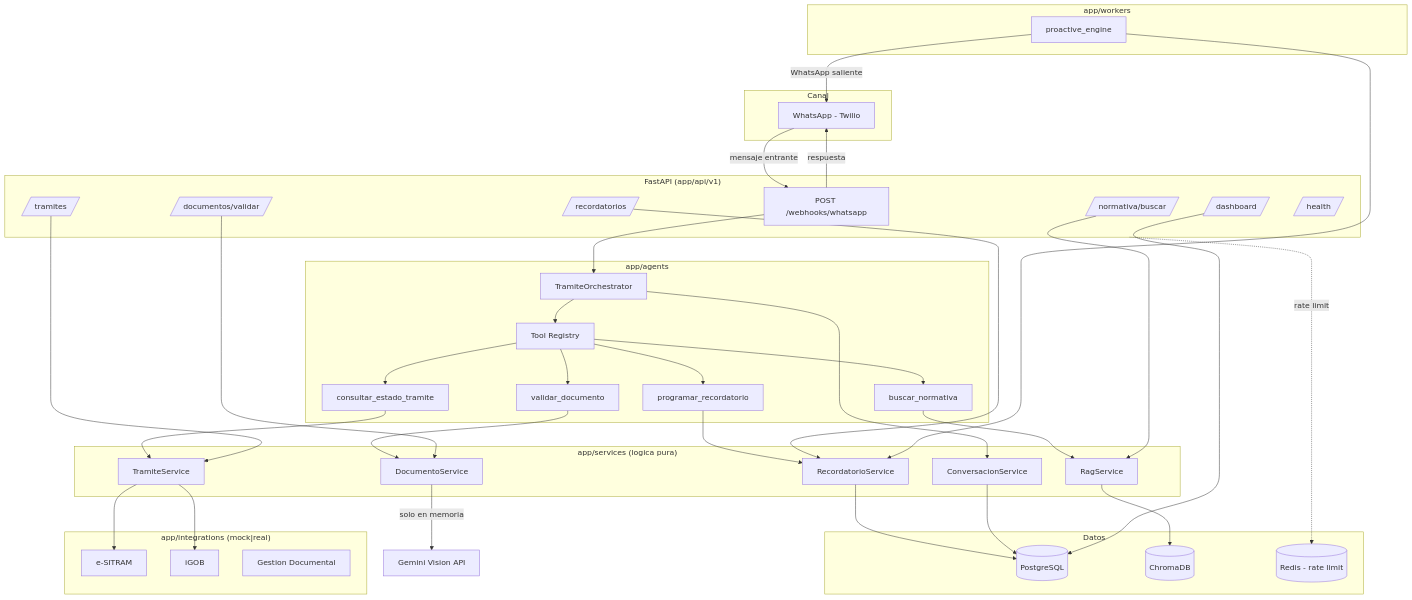
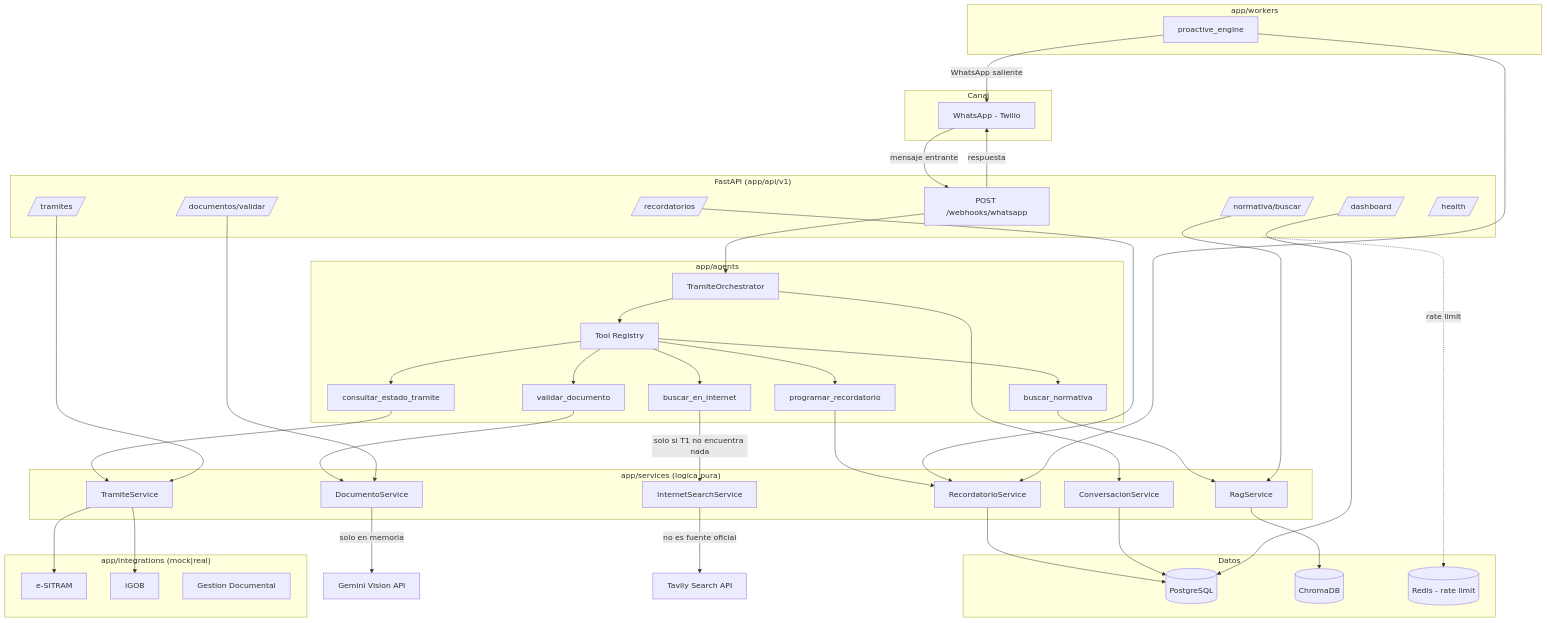
The diagram in docs/arquitectura.md (squirozs/gamlp-ami-agent-backend), drawn with Mermaid before and after one commit. The commit also changed 8 other files, not shown here.

````diff
--- a/docs/arquitectura.md
+++ b/docs/arquitectura.md
@@ -13,71 +13,74 @@
 ```mermaid
 flowchart TB
     subgraph Canal
         WA[WhatsApp - Twilio]
     end
 
     subgraph API["FastAPI (app/api/v1)"]
         WH[POST /webhooks/whatsapp]
         TR[/tramites/]
         DOC[/documentos/validar/]
         NORM[/normativa/buscar/]
         REC[/recordatorios/]
         DASH[/dashboard/]
         HEALTH[/health/]
     end
 
     subgraph Agente["app/agents"]
         ORCH[TramiteOrchestrator]
         REG[Tool Registry]
         T1[buscar_normativa]
         T2[consultar_estado_tramite]
         T3[validar_documento]
         T4[programar_recordatorio]
+        T5[buscar_en_internet]
     end
 
     subgraph Servicios["app/services (logica pura)"]
         SRAG[RagService]
         STR[TramiteService]
         SDOC[DocumentoService]
         SREC[RecordatorioService]
         SCONV[ConversacionService]
+        SWEB[InternetSearchService]
     end
 
     subgraph Datos
         PG[(PostgreSQL)]
         CHROMA[(ChromaDB)]
         REDIS[(Redis - rate limit)]
     end
 
     subgraph Integraciones["app/integrations (mock|real)"]
         ESITRAM[e-SITRAM]
         IGOB[iGOB]
         GESDOC[Gestion Documental]
     end
 
     subgraph Worker["app/workers"]
         PROACTIVE[proactive_engine]
     end
 
     WA -->|mensaje entrante| WH
     WH --> ORCH
     ORCH --> REG
-    REG --> T1 & T2 & T3 & T4
+    REG --> T1 & T2 & T3 & T4 & T5
     T1 --> SRAG --> CHROMA
     T2 --> STR --> ESITRAM & IGOB
     T3 --> SDOC -->|solo en memoria| GeminiVision[Gemini Vision API]
     T4 --> SREC --> PG
+    T5 -->|solo si T1 no encuentra nada| SWEB -->|no es fuente oficial| TAVILY[Tavily Search API]
     ORCH --> SCONV --> PG
     WH -->|respuesta| WA
 
     TR --> STR
     DOC --> SDOC
     NORM --> SRAG
     REC --> SREC
     DASH --> PG
 
     PROACTIVE --> SREC
     PROACTIVE -->|WhatsApp saliente| WA
 
     API -.rate limit.-> REDIS
 ```
````
